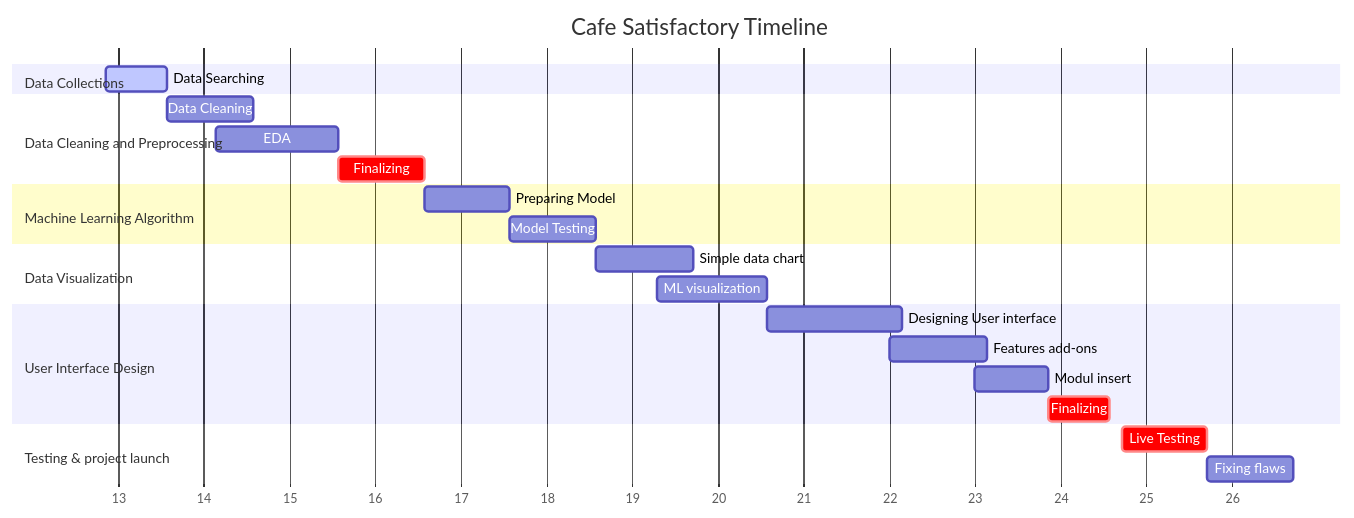
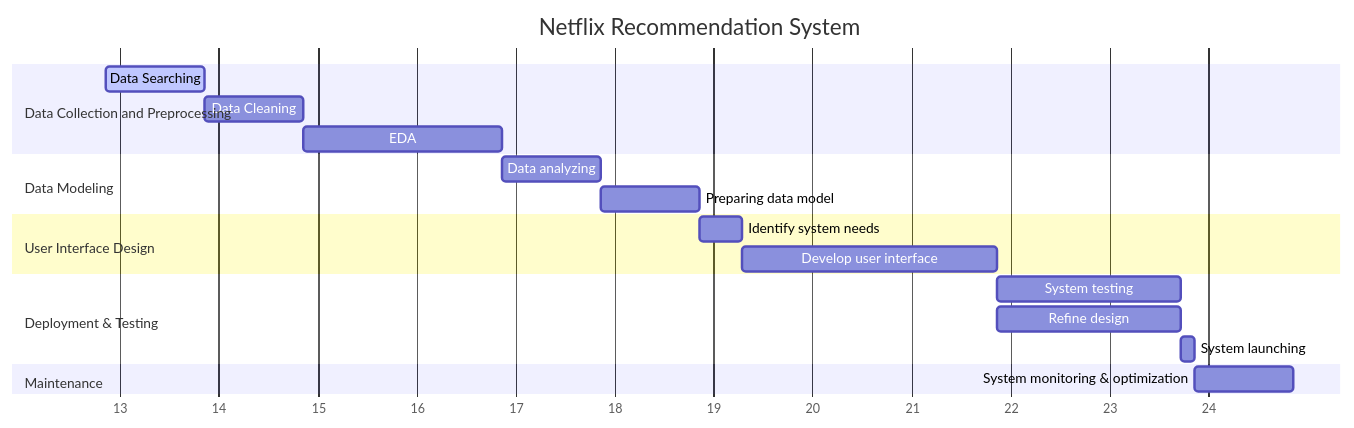
The diagram in cincah/readme.md (nqbzkr01/hello-world), drawn with Mermaid before and after one commit.

````diff
--- a/cincah/readme.md
+++ b/cincah/readme.md
@@ -30,33 +30,29 @@
   ```mermaid
 gantt
-    title Cafe Satisfactory Timeline
+    title Netflix Recommendation System
     dateFormat  YYYY-MM-DD
     axisFormat %W
   
-    section Data Collections
-    Data Searching   :active, 2023-04-01 , 5d
+    section Data Collection and Preprocessing
+    Data Searching   :active, 2023-04-01 , 7d
+    Data Cleaning    :2023-04-08 , 7d
+    EDA              :2023-04-15 , 14d
+    
   
-    section Data Cleaning and Preprocessing
-    Data Cleaning            :2023-04-6  , 7d
-    EDA                      :2023-04-10 , 10d
-    Finalizing               :crit, 2023-04-20 , 7d
-  
-    section Machine Learning Algorithm
-    Preparing Model       :2023-04-27 , 7d
-    Model Testing         :2023-05-04 , 7d
-  
-    section Data Visualization
-    Simple data chart            :2023-05-11 , 8d
-    ML visualization             :2023-05-16 , 9d
+    section Data Modeling
+    Data analyzing           :2023-04-29 , 7d
+    Preparing data model     :2023-05-06 , 7d
   
     section User Interface Design
-    Designing User interface  :2023-05-25 , 11d
-    Features add-ons          :2023-06-04 , 8d
-    Modul insert              :2023-06-11 , 6d
-    Finalizing                :crit, 2023-06-17 , 5d
+    Identify system needs     :2023-05-13 , 3d
+    Develop user interface    :2023-05-16 , 18d
   
-    section Testing & project launch
-    Live Testing      :crit, 2023-06-23 , 7d
-    Fixing flaws      :2023-06-30 , 7d
+    section Deployment & Testing
+    System testing    :2023-06-03 , 13d
+    Refine design     :2023-06-03 , 13d
+    System launching  :2023-06-16 , 1d
+    
+    section Maintenance
+    System monitoring & optimization    :2023-06-17 , 7d
   
   ```
````
